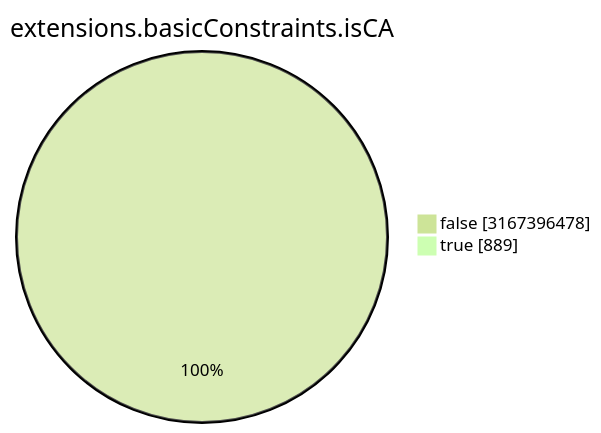
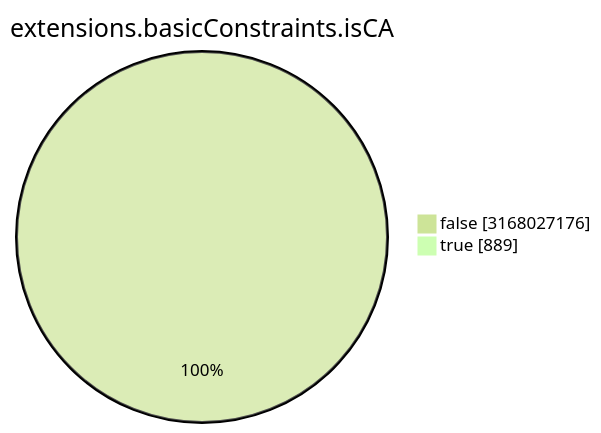
Before and after one commit to christiankrug/ctmonitor_visualization: the seventh of 15 diagrams in TOTAL/README.md, drawn with Mermaid (forest theme). The commit also changed other lines of this file, not shown here.

````diff
--- a/TOTAL/README.md
+++ b/TOTAL/README.md
@@ -3088,6 +3088,6 @@
 ```mermaid
 pie showData
 title extensions.basicConstraints.isCA
-"false" :3167396478
+"false" :3168027176
 "true" :889
 ```
````
